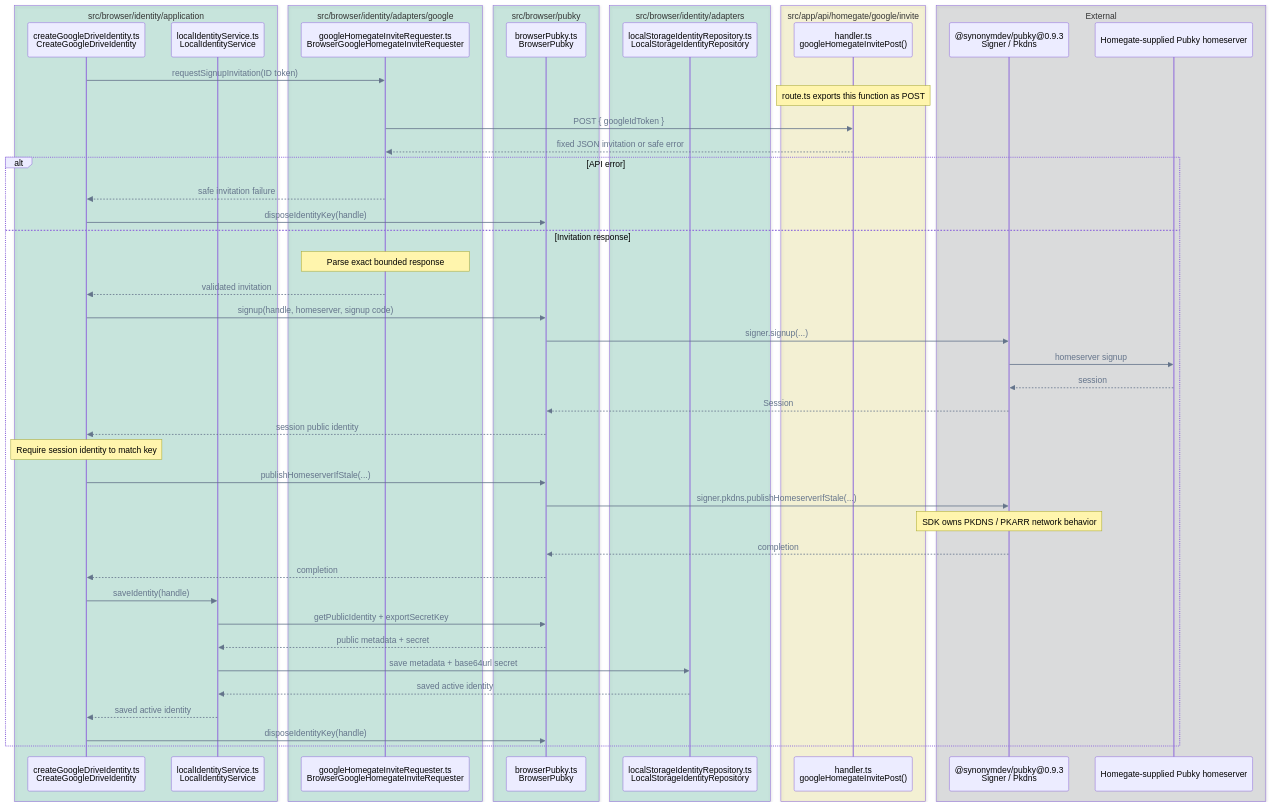
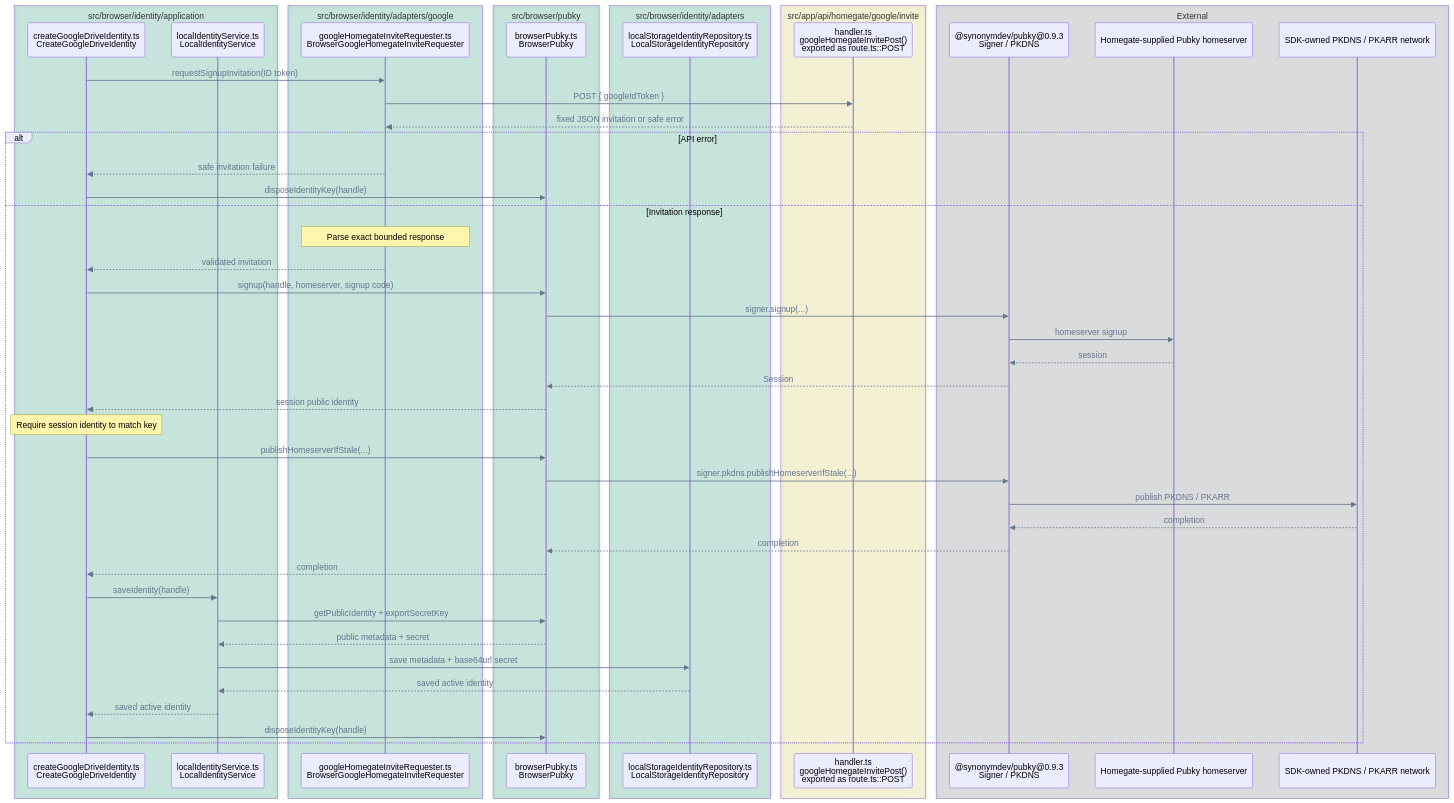
Diagram 11 of 14 in FLOWS.md (pubky/pubky-passport), drawn with Mermaid before and after one commit. The commit also changed other lines of this file, not shown here.

````diff
--- a/FLOWS.md
+++ b/FLOWS.md
@@ -537,57 +532,58 @@
 ```mermaid
 %%{init: {"themeVariables": {"signalColor": "#64748B", "signalTextColor": "#64748B"}}}%%
 sequenceDiagram
     accTitle: Missing identity activation and local save call flow
     accDescr: CreateGoogleDriveIdentity requests and parses a Homegate invitation through the Passport API, signs up and publishes discovery through BrowserPubky and the Pubky SDK, verifies the session identity, saves public metadata and the base64url secret through LocalIdentityService and LocalStorageIdentityRepository, and disposes the key handle.
     box rgba(0, 158, 115, 0.18) src/browser/identity/application
         participant Creator as createGoogleDriveIdentity.ts<br/>CreateGoogleDriveIdentity
         participant Local as localIdentityService.ts<br/>LocalIdentityService
     end
     box rgba(0, 158, 115, 0.18) src/browser/identity/adapters/google
         participant Invite as googleHomegateInviteRequester.ts<br/>BrowserGoogleHomegateInviteRequester
     end
     box rgba(0, 158, 115, 0.18) src/browser/pubky
         participant Pubky as browserPubky.ts<br/>BrowserPubky
     end
     box rgba(0, 158, 115, 0.18) src/browser/identity/adapters
         participant Repo as localStorageIdentityRepository.ts<br/>LocalStorageIdentityRepository
     end
     box rgba(240, 228, 66, 0.18) src/app/api/homegate/google/invite
-        participant API as handler.ts<br/>googleHomegateInvitePost()
+        participant API as handler.ts<br/>googleHomegateInvitePost()<br/>exported as route.ts::POST
     end
     box rgba(17, 24, 39, 0.12) External
-        participant SDK as @synonymdev/pubky@0.9.3<br/>Signer / Pkdns
+        participant SDK as @synonymdev/pubky@0.9.3<br/>Signer / PKDNS
         participant Homeserver as Homegate-supplied Pubky homeserver
+        participant PKARR as SDK-owned PKDNS / PKARR network
     end
 
     Creator->>Invite: requestSignupInvitation(ID token)
-    Note over API: route.ts exports this function as POST
     Invite->>API: POST { googleIdToken }
     API-->>Invite: fixed JSON invitation or safe error
     alt API error
         Invite-->>Creator: safe invitation failure
         Creator->>Pubky: disposeIdentityKey(handle)
     else Invitation response
         Note over Invite: Parse exact bounded response
         Invite-->>Creator: validated invitation
         Creator->>Pubky: signup(handle, homeserver, signup code)
         Pubky->>SDK: signer.signup(...)
         SDK->>Homeserver: homeserver signup
         Homeserver-->>SDK: session
         SDK-->>Pubky: Session
         Pubky-->>Creator: session public identity
         Note over Creator: Require session identity to match key
         Creator->>Pubky: publishHomeserverIfStale(...)
         Pubky->>SDK: signer.pkdns.publishHomeserverIfStale(...)
-        Note over SDK: SDK owns PKDNS / PKARR network behavior
+        SDK->>PKARR: publish PKDNS / PKARR
+        PKARR-->>SDK: completion
         SDK-->>Pubky: completion
         Pubky-->>Creator: completion
         Creator->>Local: saveIdentity(handle)
         Local->>Pubky: getPublicIdentity + exportSecretKey
         Pubky-->>Local: public metadata + secret
         Local->>Repo: save metadata + base64url secret
         Repo-->>Local: saved active identity
         Local-->>Creator: saved active identity
         Creator->>Pubky: disposeIdentityKey(handle)
     end
 ```
````
